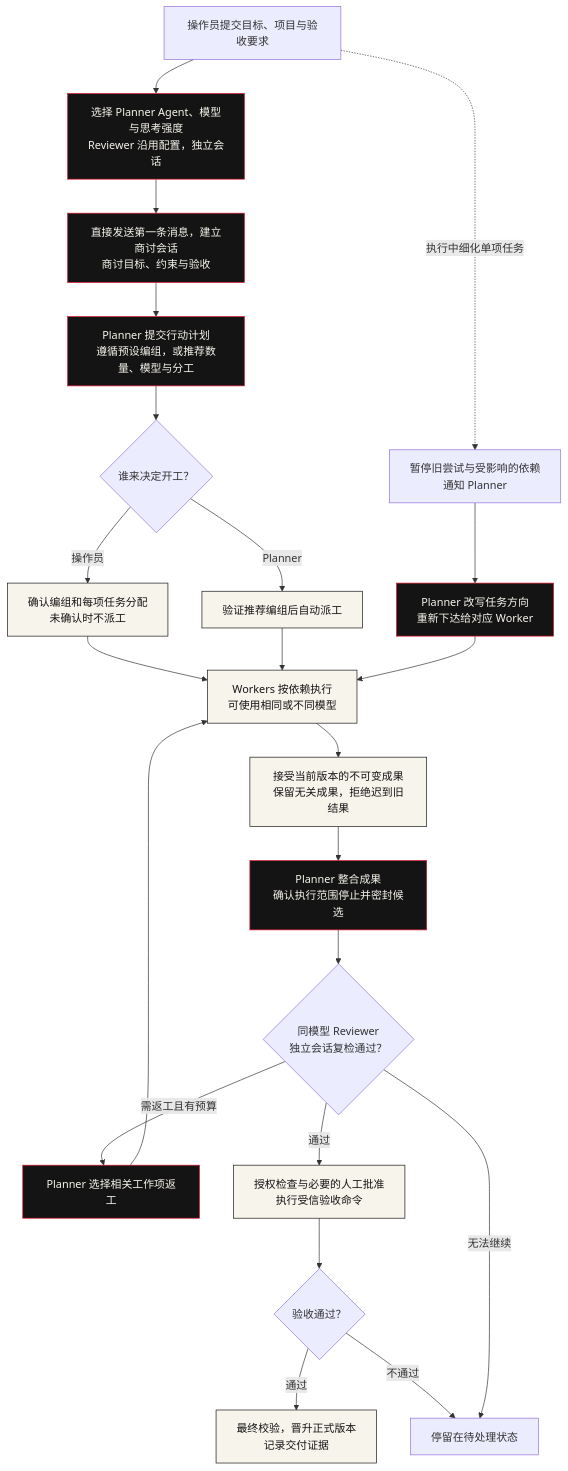
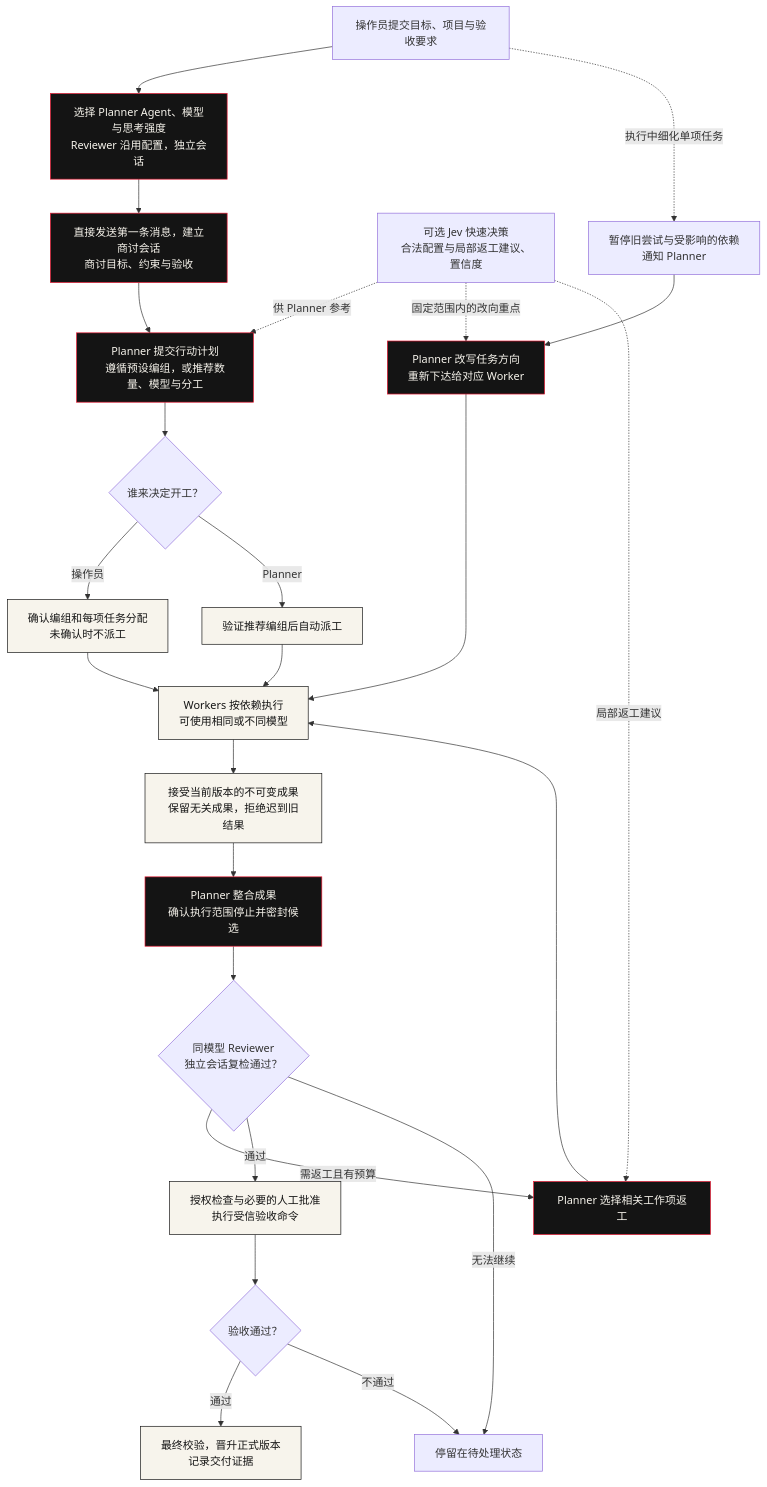
The first of 2 diagrams in README.md (rejec-rot/agent-foundry-orchestrator), drawn with Mermaid before and after one commit. The commit also changed other lines of this file and 20 other files, not shown here.

Commit message:
feat(planner): integrate Jev decision advice with safe fallback

````diff
--- a/README.md
+++ b/README.md
@@ -19,28 +19,31 @@
 ```mermaid
 flowchart TD
     USER["操作员提交目标、项目与验收要求"] --> MODEL["选择 Planner Agent、模型与思考强度<br/>Reviewer 沿用配置，独立会话"]
     MODEL --> CHAT["直接发送第一条消息，建立商讨会话<br/>商讨目标、约束与验收"]
     CHAT --> PLAN["Planner 提交行动计划<br/>遵循预设编组，或推荐数量、模型与分工"]
+    JEV["可选 Jev 快速决策<br/>合法配置与局部返工建议、置信度"] -. "供 Planner 参考" .-> PLAN
     PLAN --> MODE{"谁来决定开工？"}
     MODE -- "操作员" --> CONFIRM["确认编组和每项任务分配<br/>未确认时不派工"]
     MODE -- "Planner" --> AUTO["验证推荐编组后自动派工"]
     CONFIRM --> WORK["Workers 按依赖执行<br/>可使用相同或不同模型"]
     AUTO --> WORK
     USER -. "执行中细化单项任务" .-> HOLD["暂停旧尝试与受影响的依赖<br/>通知 Planner"]
     HOLD --> CHANGE["Planner 改写任务方向<br/>重新下达给对应 Worker"]
+    JEV -. "固定范围内的改向重点" .-> CHANGE
     CHANGE --> WORK
     WORK --> ART["接受当前版本的不可变成果<br/>保留无关成果，拒绝迟到旧结果"]
     ART --> INTEGRATE["Planner 整合成果<br/>确认执行范围停止并密封候选"]
     INTEGRATE --> REVIEW{"同模型 Reviewer<br/>独立会话复检通过？"}
     REVIEW -- "需返工且有预算" --> FIX["Planner 选择相关工作项返工"]
+    JEV -. "局部返工建议" .-> FIX
     FIX --> WORK
     REVIEW -- "通过" --> GATE["授权检查与必要的人工批准<br/>执行受信验收命令"]
     GATE --> PASS{"验收通过？"}
     PASS -- "通过" --> DONE["最终校验，晋升正式版本<br/>记录交付证据"]
     PASS -- "不通过" --> BLOCK["停留在待处理状态"]
     REVIEW -- "无法继续" --> BLOCK
     classDef planner fill:#141414,stroke:#e81932,color:#f7f4ec;
     classDef action fill:#f7f4ec,stroke:#141414,color:#141414;
     class MODEL,CHAT,PLAN,CHANGE,INTEGRATE,FIX planner;
     class CONFIRM,AUTO,WORK,ART,GATE,DONE action;
 ```
````
